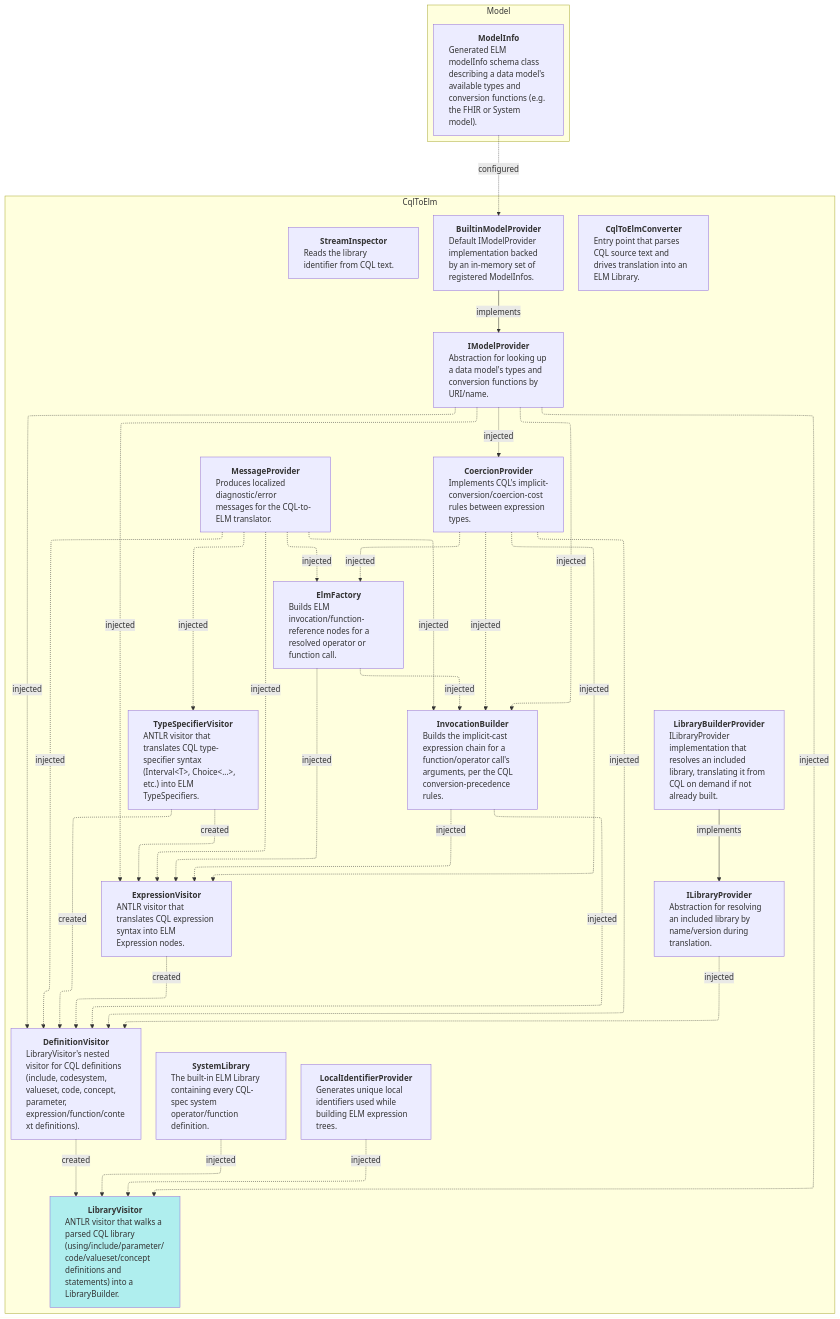
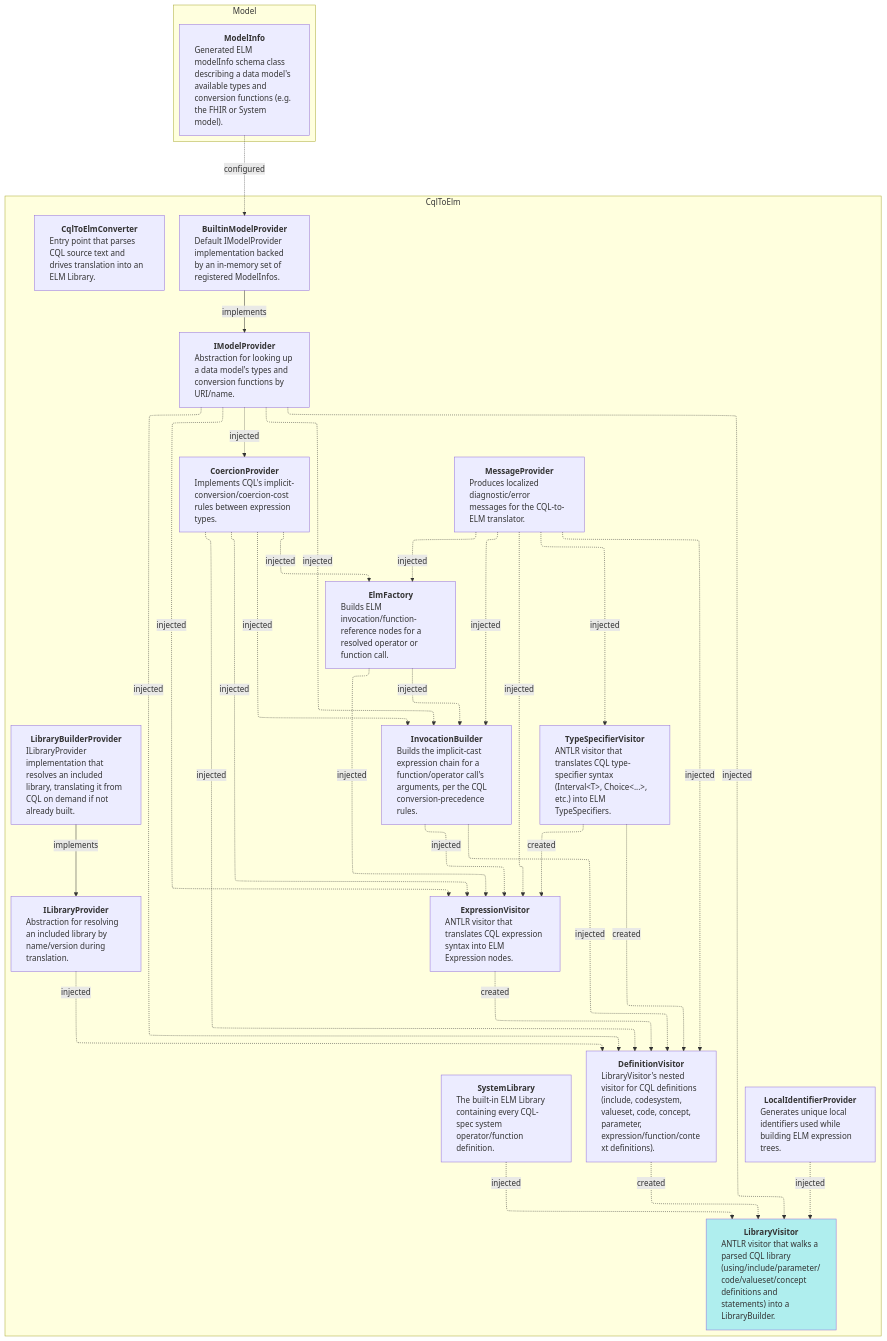
Before and after one commit to kairo-x26/firely-cql-sdk: the diagram in docs/diagrams/dependency-diagrams.cql-toolkit-services.mmd, drawn with Mermaid. The commit also changed 14 other files, not shown here.

```diff
--- a/docs/diagrams/dependency-diagrams.cql-toolkit-services.mmd
+++ b/docs/diagrams/dependency-diagrams.cql-toolkit-services.mmd
@@ -1,75 +1,74 @@
 %%{init: {
     'layout': 'elk',
     'themeVariables':{
       'lineColor': '#333',
       'lineWidth': 4
     },
     'themeCSS': '.edgeLabel, .edgeLabel p, .edgeLabel rect, .labelBkg { background: transparent !important; background-color: transparent !important; fill: transparent !important; }'
 }}%%
 
 flowchart TB
 
 subgraph CqlToElm
 direction TB
 CqlToElmConverter["<b>CqlToElmConverter</b><br/><div style='text-align:left; max-width:280px; overflow-wrap:anywhere;'>Entry point that parses CQL source text and drives translation into an ELM Library.</div>"]
 LibraryBuilderProvider["<b>LibraryBuilderProvider</b><br/><div style='text-align:left; max-width:280px; overflow-wrap:anywhere;'>ILibraryProvider implementation that resolves an included library, translating it from CQL on demand if not already built.</div>"]
 LibraryVisitor["<b>LibraryVisitor</b><br/><div style='text-align:left; max-width:280px; overflow-wrap:anywhere;'>ANTLR visitor that walks a parsed CQL library (using/include/parameter/code/valueset/concept definitions and statements) into a LibraryBuilder.</div>"]
 DefinitionVisitor["<b>DefinitionVisitor</b><br/><div style='text-align:left; max-width:280px; overflow-wrap:anywhere;'>LibraryVisitor's nested visitor for CQL definitions (include, codesystem, valueset, code, concept, parameter, expression/function/context definitions).</div>"]
 ExpressionVisitor["<b>ExpressionVisitor</b><br/><div style='text-align:left; max-width:280px; overflow-wrap:anywhere;'>ANTLR visitor that translates CQL expression syntax into ELM Expression nodes.</div>"]
 TypeSpecifierVisitor["<b>TypeSpecifierVisitor</b><br/><div style='text-align:left; max-width:280px; overflow-wrap:anywhere;'>ANTLR visitor that translates CQL type-specifier syntax (Interval&lt;T&gt;, Choice&lt;...&gt;, etc.) into ELM TypeSpecifiers.</div>"]
 ILibraryProvider["<b>ILibraryProvider</b><br/><div style='text-align:left; max-width:280px; overflow-wrap:anywhere;'>Abstraction for resolving an included library by name/version during translation.</div>"]
 IModelProvider["<b>IModelProvider</b><br/><div style='text-align:left; max-width:280px; overflow-wrap:anywhere;'>Abstraction for looking up a data model's types and conversion functions by URI/name.</div>"]
 CoercionProvider["<b>CoercionProvider</b><br/><div style='text-align:left; max-width:280px; overflow-wrap:anywhere;'>Implements CQL's implicit-conversion/coercion-cost rules between expression types.</div>"]
 ElmFactory["<b>ElmFactory</b><br/><div style='text-align:left; max-width:280px; overflow-wrap:anywhere;'>Builds ELM invocation/function-reference nodes for a resolved operator or function call.</div>"]
 SystemLibrary["<b>SystemLibrary</b><br/><div style='text-align:left; max-width:280px; overflow-wrap:anywhere;'>The built-in ELM Library containing every CQL-spec system operator/function definition.</div>"]
-StreamInspector["<b>StreamInspector</b><br/><div style='text-align:left; max-width:280px; overflow-wrap:anywhere;'>Reads the library identifier from CQL text.</div>"]
 InvocationBuilder["<b>InvocationBuilder</b><br/><div style='text-align:left; max-width:280px; overflow-wrap:anywhere;'>Builds the implicit-cast expression chain for a function/operator call's arguments, per the CQL conversion-precedence rules.</div>"]
 LocalIdentifierProvider["<b>LocalIdentifierProvider</b><br/><div style='text-align:left; max-width:280px; overflow-wrap:anywhere;'>Generates unique local identifiers used while building ELM expression trees.</div>"]
 MessageProvider["<b>MessageProvider</b><br/><div style='text-align:left; max-width:280px; overflow-wrap:anywhere;'>Produces localized diagnostic/error messages for the CQL-to-ELM translator.</div>"]
 BuiltinModelProvider["<b>BuiltinModelProvider</b><br/><div style='text-align:left; max-width:280px; overflow-wrap:anywhere;'>Default IModelProvider implementation backed by an in-memory set of registered ModelInfos.</div>"]
 end
 
 subgraph Model
 direction TB
 ModelInfo["<b>ModelInfo</b><br/><div style='text-align:left; max-width:280px; overflow-wrap:anywhere;'>Generated ELM modelInfo schema class describing a data model's available types and conversion functions (e.g. the FHIR or System model).</div>"]
 end
 
 style LibraryVisitor fill:#AFEEEE
 
 BuiltinModelProvider -->|implements| IModelProvider
 LibraryBuilderProvider -->|implements| ILibraryProvider
 
 SystemLibrary -.->|injected| LibraryVisitor
 IModelProvider -.->|injected| LibraryVisitor
 LocalIdentifierProvider -.->|injected| LibraryVisitor
 
 IModelProvider -.->|injected| DefinitionVisitor
 ILibraryProvider -.->|injected| DefinitionVisitor
 CoercionProvider -.->|injected| DefinitionVisitor
 MessageProvider -.->|injected| DefinitionVisitor
 InvocationBuilder -.->|injected| DefinitionVisitor
 
 IModelProvider -.->|injected| ExpressionVisitor
 CoercionProvider -.->|injected| ExpressionVisitor
 ElmFactory -.->|injected| ExpressionVisitor
 MessageProvider -.->|injected| ExpressionVisitor
 InvocationBuilder -.->|injected| ExpressionVisitor
 
 MessageProvider -.->|injected| TypeSpecifierVisitor
 
 IModelProvider -.->|injected| InvocationBuilder
 CoercionProvider -.->|injected| InvocationBuilder
 ElmFactory -.->|injected| InvocationBuilder
 MessageProvider -.->|injected| InvocationBuilder
 
 IModelProvider -.->|injected| CoercionProvider
 
 CoercionProvider -.->|injected| ElmFactory
 MessageProvider -.->|injected| ElmFactory
 
 DefinitionVisitor -.->|created| LibraryVisitor
 ExpressionVisitor -.->|created| DefinitionVisitor
 TypeSpecifierVisitor -.->|created| DefinitionVisitor
 TypeSpecifierVisitor -.->|created| ExpressionVisitor
 
 ModelInfo -.->|configured| BuiltinModelProvider
```
